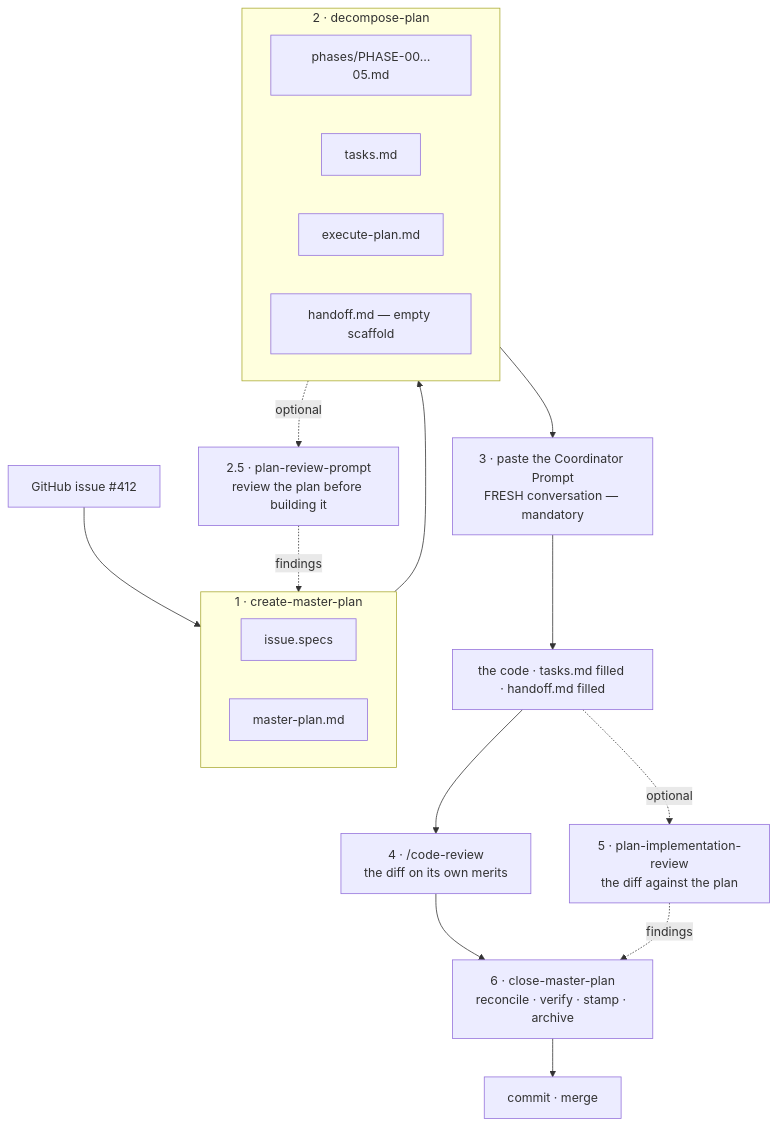
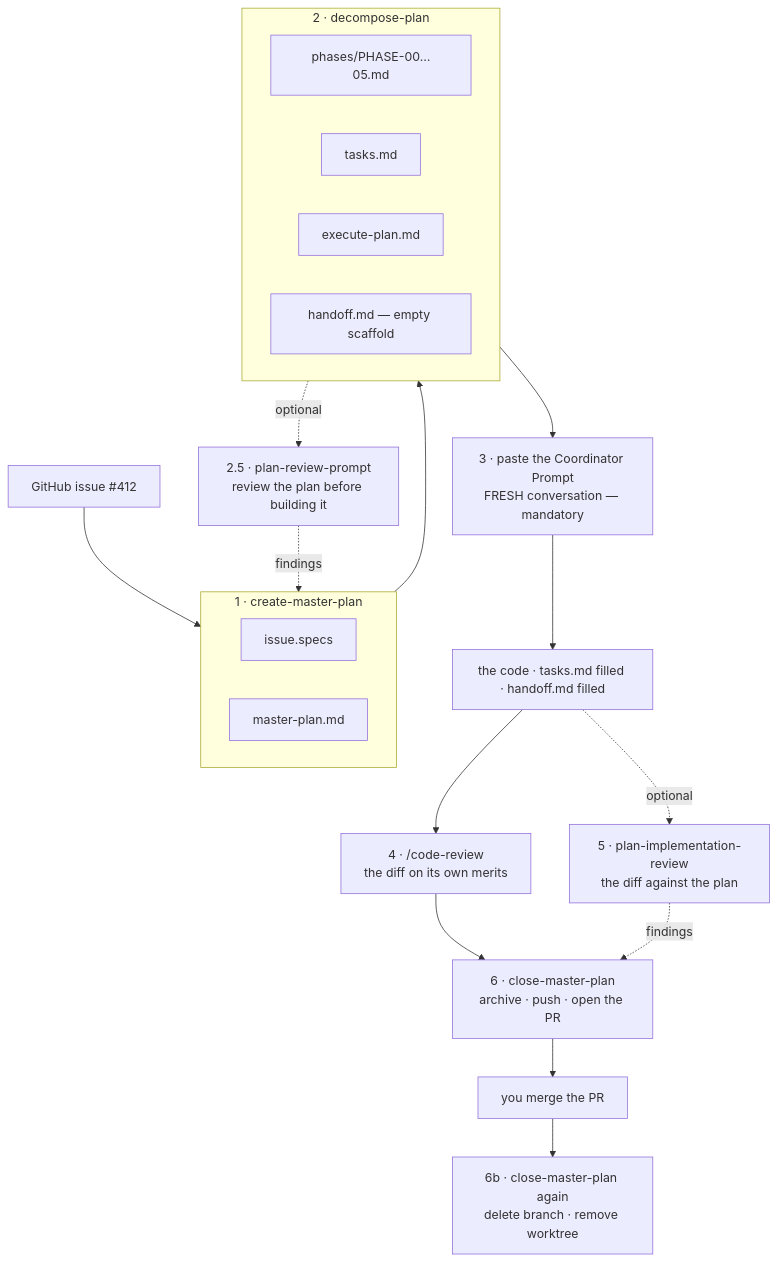
The first of 13 diagrams in docs/master-plan-pack/TUTORIAL.md (necofx/necofx-claude-marketplace), drawn with Mermaid before and after one commit. The commit also changed other lines of this file and 18 other files, not shown here.

````diff
--- a/docs/master-plan-pack/TUTORIAL.md
+++ b/docs/master-plan-pack/TUTORIAL.md
@@ -39,30 +39,31 @@
 ```mermaid
 flowchart TD
     T["GitHub issue #412"] --> S1
 
     subgraph S1["1 · create-master-plan"]
         A1["issue.specs"]
         A2["master-plan.md"]
     end
 
     S1 --> S2
 
     subgraph S2["2 · decompose-plan"]
         B1["phases/PHASE-00…05.md"]
         B2["tasks.md"]
         B3["execute-plan.md"]
         B4["handoff.md — empty scaffold"]
     end
 
     S2 -. optional .-> R1["2.5 · plan-review-prompt<br/>review the plan before building it"]
     R1 -. findings .-> S1
 
     S2 --> S3["3 · paste the Coordinator Prompt<br/>FRESH conversation — mandatory"]
     S3 --> C1["the code · tasks.md filled · handoff.md filled"]
 
     C1 --> S4["4 · /code-review<br/>the diff on its own merits"]
     C1 -. optional .-> R2["5 · plan-implementation-review<br/>the diff against the plan"]
-    S4 --> S6["6 · close-master-plan<br/>reconcile · verify · stamp · archive"]
+    S4 --> S6["6 · close-master-plan<br/>archive · push · open the PR"]
     R2 -. findings .-> S6
-    S6 --> M["commit · merge"]
+    S6 --> M["you merge the PR"]
+    M --> S7["6b · close-master-plan again<br/>delete branch · remove worktree"]
 ```
````
